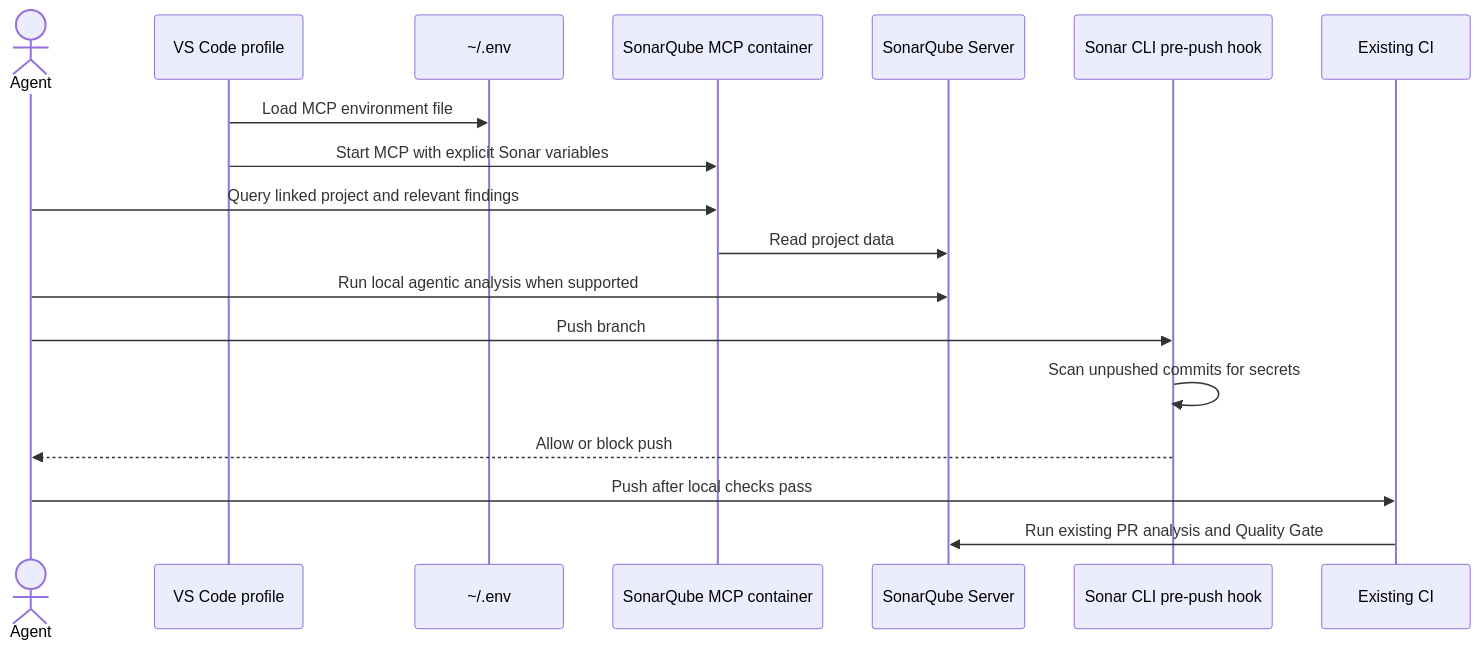
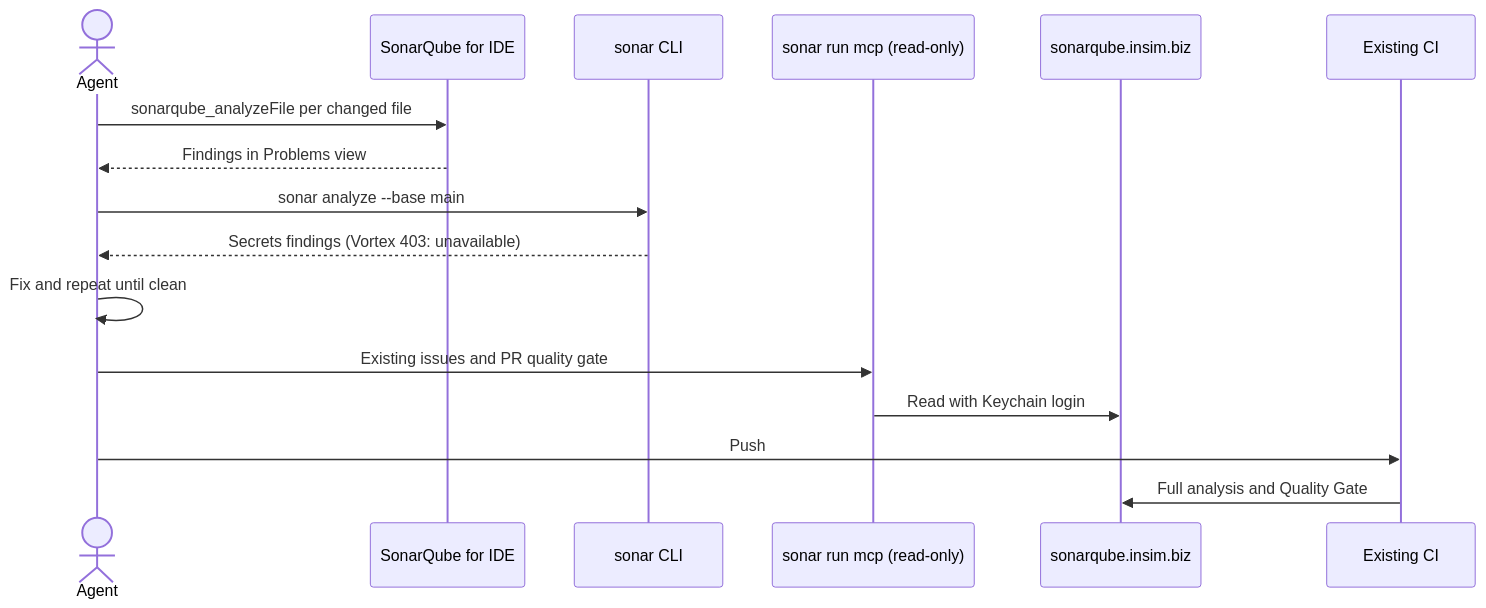
One commit to epiccoolguy/autonix changed the diagram in docs/adr/0001-sonar-agent-early-pr-checks.md. Above: the diagram before and after it, drawn with Mermaid. The commit also changed other lines of this file and 3 other files, not shown here.

Commit message:
fix(AS33AI): use Keychain-authenticated Sonar MCP and tested PR checks

````diff
--- a/docs/adr/0001-sonar-agent-early-pr-checks.md
+++ b/docs/adr/0001-sonar-agent-early-pr-checks.md
@@ -16,21 +24,19 @@
 ```mermaid
 sequenceDiagram
     actor Agent
-    participant VSCode as VS Code profile
-    participant Env as ~/.env
-    participant Docker as SonarQube MCP container
-    participant Sonar as SonarQube Server
-    participant Hook as Sonar CLI pre-push hook
+    participant IDE as SonarQube for IDE
+    participant CLI as sonar CLI
+    participant MCP as sonar run mcp (read-only)
+    participant Sonar as sonarqube.insim.biz
     participant CI as Existing CI
 
-    VSCode->>Env: Load MCP environment file
-    VSCode->>Docker: Start MCP with explicit Sonar variables
-    Agent->>Docker: Query linked project and relevant findings
-    Docker->>Sonar: Read project data
-    Agent->>Sonar: Run local agentic analysis when supported
-    Agent->>Hook: Push branch
-    Hook->>Hook: Scan unpushed commits for secrets
-    Hook-->>Agent: Allow or block push
-    Agent->>CI: Push after local checks pass
-    CI->>Sonar: Run existing PR analysis and Quality Gate
+    Agent->>IDE: sonarqube_analyzeFile per changed file
+    IDE-->>Agent: Findings in Problems view
+    Agent->>CLI: sonar analyze --base main
+    CLI-->>Agent: Secrets findings (Vortex 403: unavailable)
+    Agent->>Agent: Fix and repeat until clean
+    Agent->>MCP: Existing issues and PR quality gate
+    MCP->>Sonar: Read with Keychain login
+    Agent->>CI: Push
+    CI->>Sonar: Full analysis and Quality Gate
 ```
````
